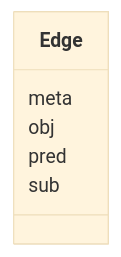
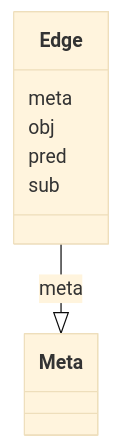
Before and after one commit to cthoyt/ontology-access-kit: the diagram in obograph/Edge.md, drawn with Mermaid (base theme). The commit also changed other lines of this file and 3287 other files, not shown here.

````diff
--- a/obograph/Edge.md
+++ b/obograph/Edge.md
@@ -11,9 +14,15 @@
 ```{mermaid}
  classDiagram
     class Edge
       Edge : meta
+        
+          Edge --|> Meta : meta
+        
       Edge : obj
+        
       Edge : pred
+        
       Edge : sub
+        
       
 ```
````
